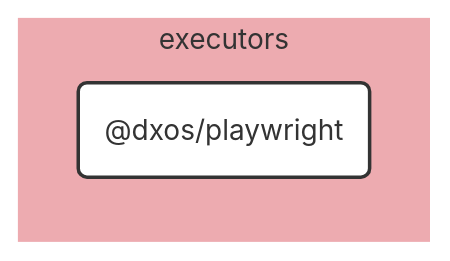
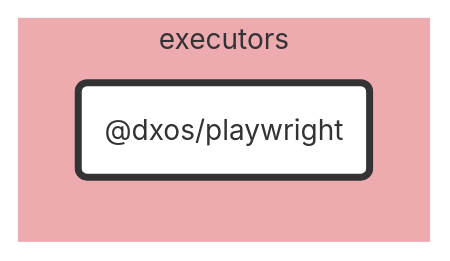
The diagram in tools/executors/playwright/docs/README.md (dxos/dxos), drawn with Mermaid before and after one commit. The commit also changed 683 other files, not shown here.

````diff
--- a/tools/executors/playwright/docs/README.md
+++ b/tools/executors/playwright/docs/README.md
@@ -7,25 +7,20 @@
 ```mermaid
 %%{ init: {'flowchart':{'curve':'basis'}} }%%
 
 flowchart LR
 
-%% Links
+%% Classes
+classDef def fill:#fff,stroke:#333,stroke-width:1px
+classDef root fill:#fff,stroke:#333,stroke-width:4px
 
-%% Sections
-subgraph executors
-  style executors fill:#edabb0,stroke:#fff;
+%% Nodes
 
-  dxos/playwright("@dxos/playwright")
+subgraph executors [executors]
+  style executors fill:#edabb0,stroke:#fff
+  dxos/playwright("@dxos/playwright"):::root
+  click dxos/playwright "dxos/dxos/tree/main/tools/executors/playwright/docs"
 end
 
-
-%% Hyperlinks
-
-%% Styles
-classDef rootNode fill:#fff,stroke:#333,stroke-width:2px
-classDef defaultNode fill:#fff,stroke:#333,stroke-width:1px
+%% Links
 linkStyle default stroke:#333,stroke-width:1px
-
-dxos/playwright:::rootNode
-
 ```
````
